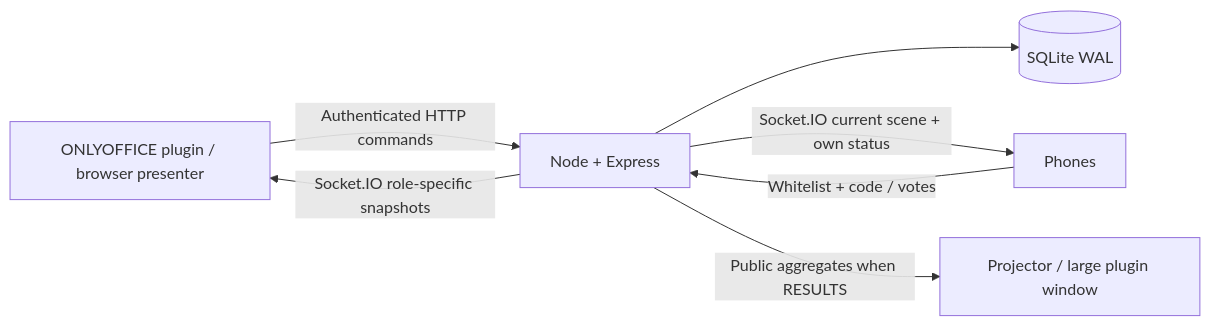
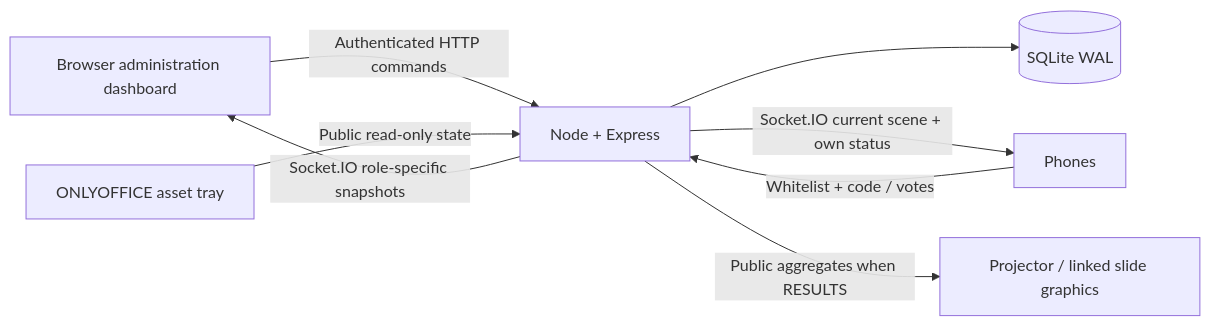
One commit to Q-SiO2/onlyoffice-plugin changed the diagram in README.md. Above: the diagram before and after it, drawn with Mermaid. The commit also changed other lines of this file and 27 other files, not shown here.

Commit message:
Make the editor a read-only tray of linked slide graphics

````diff
--- a/README.md
+++ b/README.md
@@ -36,9 +36,10 @@
 ```mermaid
 flowchart LR
-  O[ONLYOFFICE plugin / browser presenter] -->|Authenticated HTTP commands| B[Node + Express]
+  O[Browser administration dashboard] -->|Authenticated HTTP commands| B[Node + Express]
+  E[ONLYOFFICE asset tray] -->|Public read-only state| B
   P[Phones] -->|Whitelist + code / votes| B
   B --> D[(SQLite WAL)]
   B -->|Socket.IO role-specific snapshots| O
   B -->|Socket.IO current scene + own status| P
-  B -->|Public aggregates when RESULTS| R[Projector / large plugin window]
+  B -->|Public aggregates when RESULTS| R[Projector / linked slide graphics]
 ```
````
